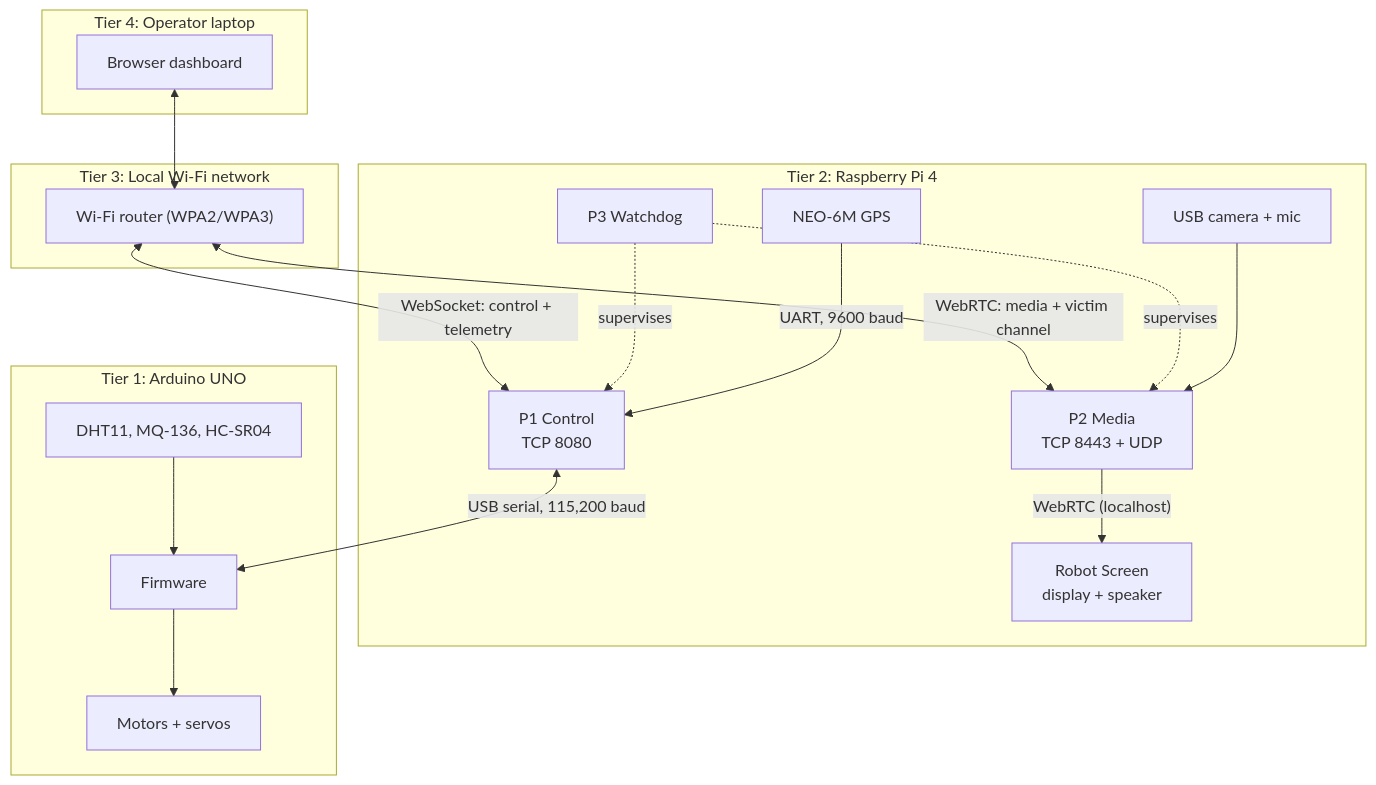
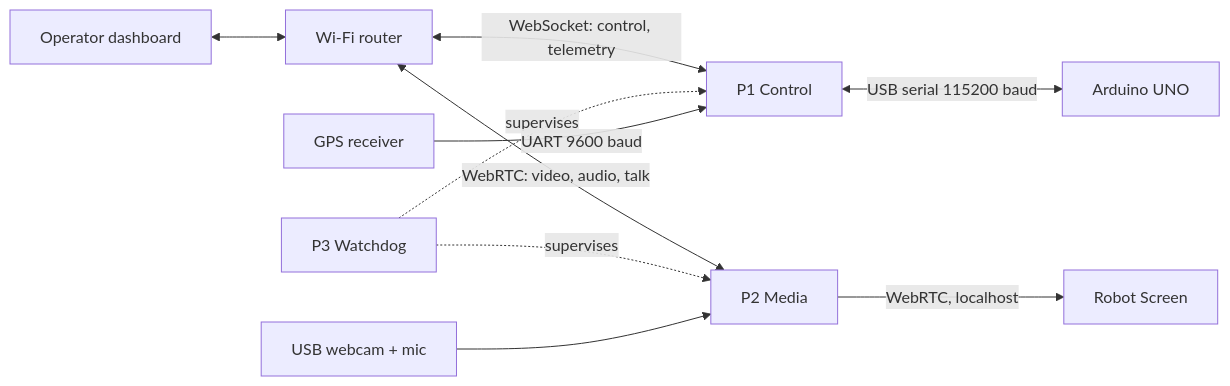
The first of 12 diagrams in research paper/section3_methodology.md (baiust999/robort-code-from-pi), drawn with Mermaid before and after one commit. The commit also changed other lines of this file and 2 other files, not shown here.

````diff
--- a/research paper/section3_methodology.md
+++ b/research paper/section3_methodology.md
@@ -49,33 +24,12 @@
 ```mermaid
-flowchart TB
-  subgraph T4["Tier 4: Operator laptop"]
-    DASH["Browser dashboard"]
-  end
-  subgraph T3["Tier 3: Local Wi-Fi network"]
-    RTR["Wi-Fi router (WPA2/WPA3)"]
-  end
-  subgraph T2["Tier 2: Raspberry Pi 4"]
-    P1["P1 Control<br/>TCP 8080"]
-    P2["P2 Media<br/>TCP 8443 + UDP"]
-    P3["P3 Watchdog"]
-    RS["Robot Screen<br/>display + speaker"]
-    GPS["NEO-6M GPS"]
-    AV["USB camera + mic"]
-  end
-  subgraph T1["Tier 1: Arduino UNO"]
-    FW["Firmware"]
-    ACT["Motors + servos"]
-    SEN["DHT11, MQ-136, HC-SR04"]
-  end
-  DASH <--> RTR
-  RTR <-- "WebSocket: control + telemetry" --> P1
-  RTR <-- "WebRTC: media + victim channel" --> P2
-  P3 -. supervises .-> P1
+flowchart LR
+  D["Operator dashboard"] <--> W["Wi-Fi router"]
+  W <-- "WebSocket: control, telemetry" --> P1["P1 Control"]
+  W <-- "WebRTC: video, audio, talk" --> P2["P2 Media"]
+  P3["P3 Watchdog"] -. supervises .-> P1
   P3 -. supervises .-> P2
-  GPS -- "UART, 9600 baud" --> P1
-  AV --> P2
-  P2 -- "WebRTC (localhost)" --> RS
-  P1 <-- "USB serial, 115,200 baud" --> FW
-  FW --> ACT
-  SEN --> FW
+  G["GPS receiver"] -- "UART 9600 baud" --> P1
+  C["USB webcam + mic"] --> P2
+  P2 -- "WebRTC, localhost" --> K["Robot Screen"]
+  P1 <-- "USB serial 115200 baud" --> A["Arduino UNO"]
 ```
````
